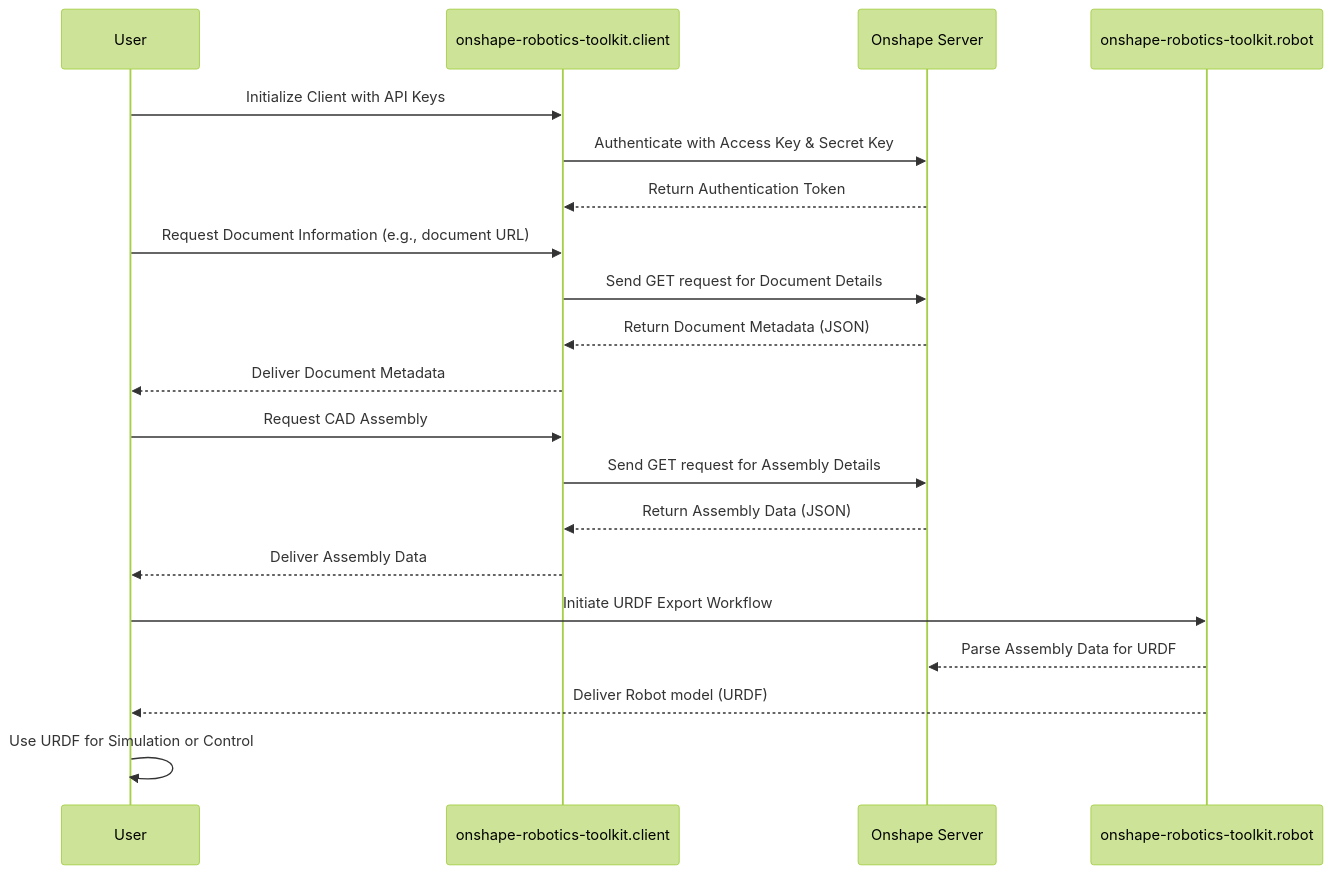
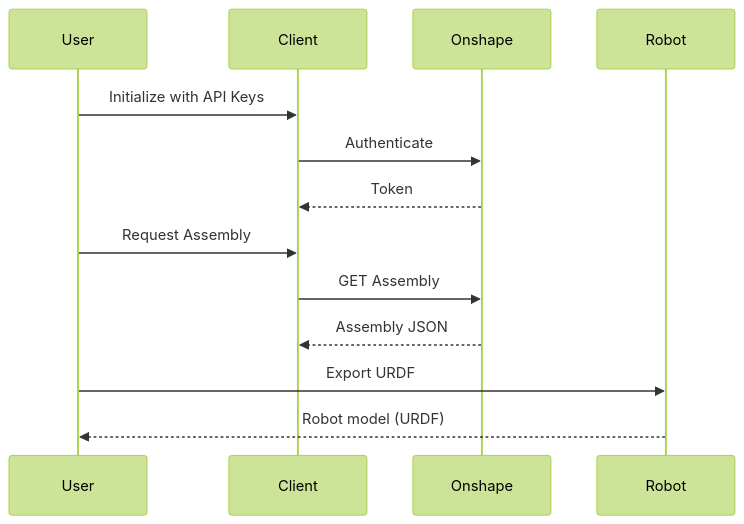
One commit to neurobionics/onshape-robotics-toolkit changed the diagram in docs/developing.md. Above: the diagram before and after it, drawn with Mermaid (forest theme). The commit also changed other lines of this file and 9 other files, not shown here.

Commit message:
feat: add kinematic tree class tohelp with graph processing

````diff
--- a/docs/developing.md
+++ b/docs/developing.md
@@ -54,27 +14,18 @@
-<pre class="mermaid">
+```mermaid
 sequenceDiagram
-    participant User as User
-    participant Client as onshape-robotics-toolkit.client
-    participant Onshape as Onshape Server
-    participant Robot as onshape-robotics-toolkit.robot
+    participant User
+    participant Client
+    participant Onshape
+    participant Robot
 
-    User->>Client: Initialize Client with API Keys
-    Client->>Onshape: Authenticate with Access Key & Secret Key
-    Onshape-->>Client: Return Authentication Token
+    User->>Client: Initialize with API Keys
+    Client->>Onshape: Authenticate
+    Onshape-->>Client: Token
 
-    User->>Client: Request Document Information (e.g., document URL)
-    Client->>Onshape: Send GET request for Document Details
-    Onshape-->>Client: Return Document Metadata (JSON)
-    Client-->>User: Deliver Document Metadata
+    User->>Client: Request Assembly
+    Client->>Onshape: GET Assembly
+    Onshape-->>Client: Assembly JSON
 
-    User->>Client: Request CAD Assembly
-    Client->>Onshape: Send GET request for Assembly Details
-    Onshape-->>Client: Return Assembly Data (JSON)
-    Client-->>User: Deliver Assembly Data
-
-    User->>Robot: Initiate URDF Export Workflow
-    Robot-->>Onshape: Parse Assembly Data for URDF
-    Robot-->>User: Deliver Robot model (URDF)
-
-    User->>User: Use URDF for Simulation or Control
-</pre>
+    User->>Robot: Export URDF
+    Robot-->>User: Robot model (URDF)
+```
````
